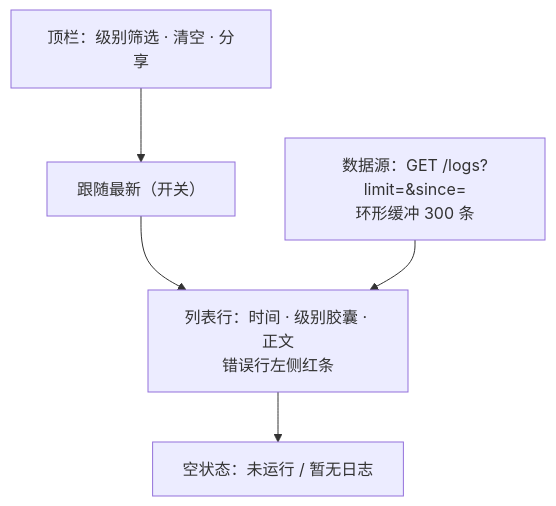
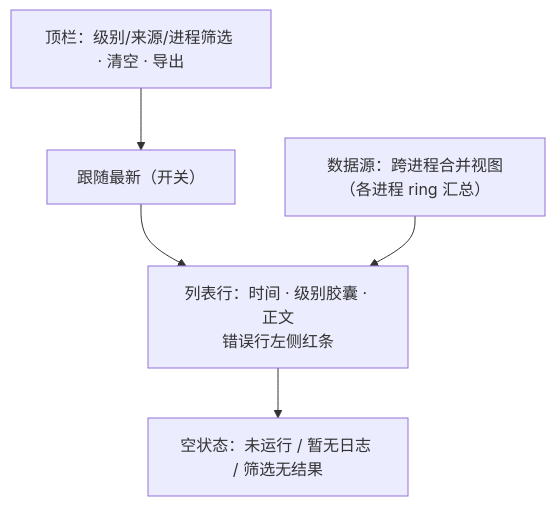
Before and after one commit to xuanyuanluoxue/xiaoi-plus: the fourth of 8 diagrams in docs/ui-architecture.md, drawn with Mermaid. The commit also changed other lines of this file and 21 other files, not shown here.

````diff
--- a/docs/ui-architecture.md
+++ b/docs/ui-architecture.md
@@ -150,12 +129,12 @@
 ```mermaid
 flowchart TB
-    BAR["顶栏：级别筛选 · 清空 · 分享"]
+    BAR["顶栏：级别/来源/进程筛选 · 清空 · 导出"]
     FOLLOW["跟随最新（开关）"]
     LIST["列表行：时间 · 级别胶囊 · 正文<br/>错误行左侧红条"]
-    EMPTY["空状态：未运行 / 暂无日志"]
-    SRC["数据源：GET /logs?limit=&since=<br/>环形缓冲 300 条"]
+    EMPTY["空状态：未运行 / 暂无日志 / 筛选无结果"]
+    SRC["数据源：跨进程合并视图（各进程 ring 汇总）"]
 
     BAR --> FOLLOW --> LIST
     LIST --> EMPTY
     SRC --> LIST
 ```
````
